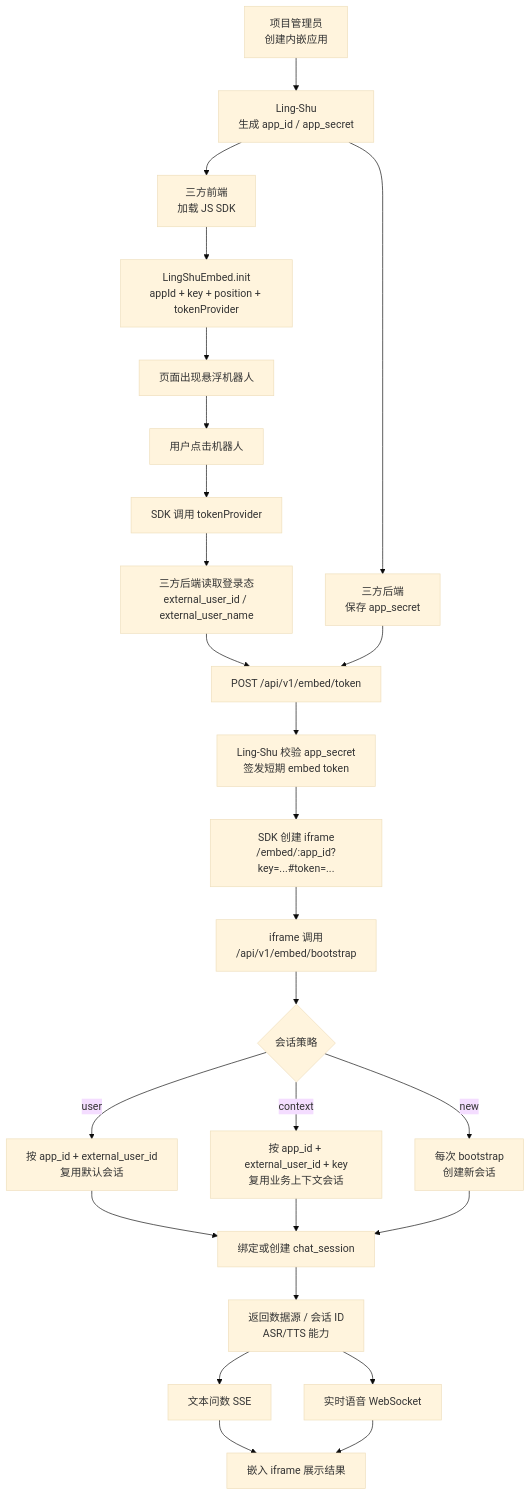
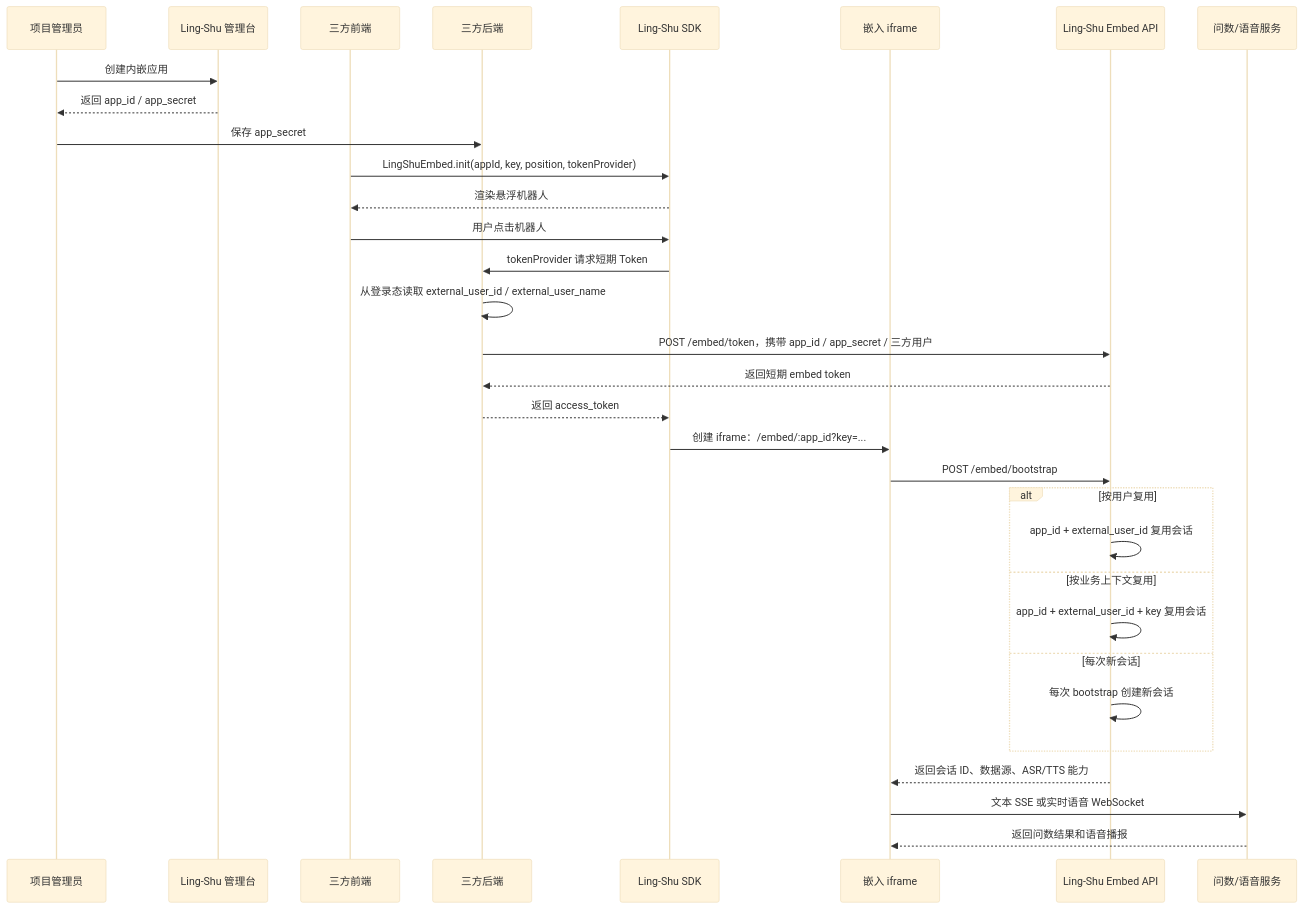
Before and after one commit to fanxiangqing/ling-shu: the second of 3 diagrams in README-zh.md, drawn with Mermaid (base theme). The commit also changed 1 other file, not shown here.

Commit message:
docs: refine embed flow diagram

````diff
--- a/README-zh.md
+++ b/README-zh.md
@@ -197,28 +195,35 @@
 ```mermaid
-flowchart TD
-    A["项目管理员<br/>创建内嵌应用"] --> B["Ling-Shu<br/>生成 app_id / app_secret"]
-    B --> C["三方后端<br/>保存 app_secret"]
-    B --> D["三方前端<br/>加载 JS SDK"]
-    D --> E["LingShuEmbed.init<br/>appId + key + position + tokenProvider"]
-    E --> F["页面出现悬浮机器人"]
-    F --> G["用户点击机器人"]
-    G --> H["SDK 调用 tokenProvider"]
-    H --> I["三方后端读取登录态<br/>external_user_id / external_user_name"]
-    I --> J["POST /api/v1/embed/token"]
-    C --> J
-    J --> K["Ling-Shu 校验 app_secret<br/>签发短期 embed token"]
-    K --> L["SDK 创建 iframe<br/>/embed/:app_id?key=...#token=..."]
-    L --> M["iframe 调用<br/>/api/v1/embed/bootstrap"]
-    M --> N{"会话策略"}
-    N -->|user| O["按 app_id + external_user_id<br/>复用默认会话"]
-    N -->|context| P["按 app_id + external_user_id + key<br/>复用业务上下文会话"]
-    N -->|new| Q["每次 bootstrap<br/>创建新会话"]
-    O --> R["绑定或创建 chat_session"]
-    P --> R
-    Q --> R
-    R --> S["返回数据源 / 会话 ID<br/>ASR/TTS 能力"]
-    S --> T["文本问数 SSE"]
-    S --> U["实时语音 WebSocket"]
-    T --> V["嵌入 iframe 展示结果"]
-    U --> V
+sequenceDiagram
+  participant Admin as 项目管理员
+  participant Console as Ling-Shu 管理台
+  participant ThirdFE as 三方前端
+  participant ThirdBE as 三方后端
+  participant SDK as Ling-Shu SDK
+  participant Embed as 嵌入 iframe
+  participant API as Ling-Shu Embed API
+  participant Chat as 问数/语音服务
+
+  Admin->>Console: 创建内嵌应用
+  Console-->>Admin: 返回 app_id / app_secret
+  Admin->>ThirdBE: 保存 app_secret
+  ThirdFE->>SDK: LingShuEmbed.init(appId, key, position, tokenProvider)
+  SDK-->>ThirdFE: 渲染悬浮机器人
+  ThirdFE->>SDK: 用户点击机器人
+  SDK->>ThirdBE: tokenProvider 请求短期 Token
+  ThirdBE->>ThirdBE: 从登录态读取 external_user_id / external_user_name
+  ThirdBE->>API: POST /embed/token，携带 app_id / app_secret / 三方用户
+  API-->>ThirdBE: 返回短期 embed token
+  ThirdBE-->>SDK: 返回 access_token
+  SDK->>Embed: 创建 iframe：/embed/:app_id?key=...#token=...
+  Embed->>API: POST /embed/bootstrap
+  alt 按用户复用
+    API->>API: app_id + external_user_id 复用会话
+  else 按业务上下文复用
+    API->>API: app_id + external_user_id + key 复用会话
+  else 每次新会话
+    API->>API: 每次 bootstrap 创建新会话
+  end
+  API-->>Embed: 返回会话 ID、数据源、ASR/TTS 能力
+  Embed->>Chat: 文本 SSE 或实时语音 WebSocket
+  Chat-->>Embed: 返回问数结果和语音播报
 ```
````
